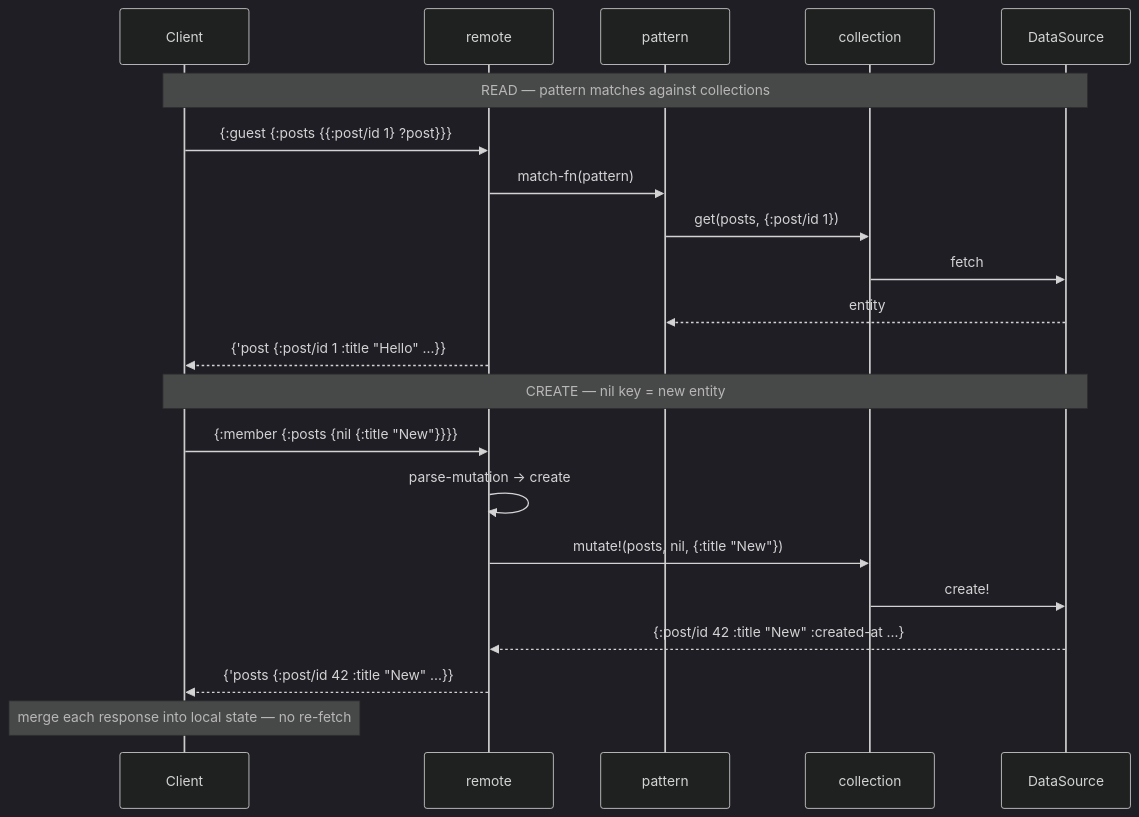
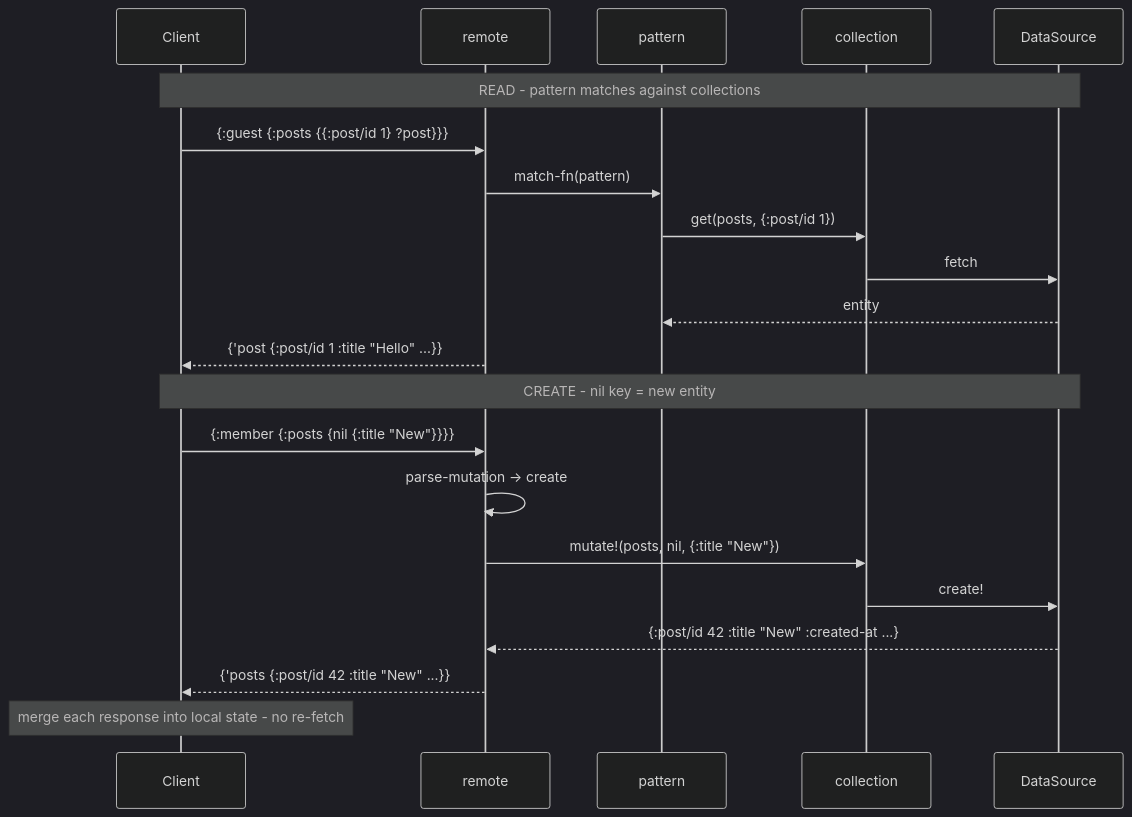
The diagram in README.md (flybot-sg/lasagna-pattern), drawn with Mermaid (dark theme) before and after one commit. The commit also changed other lines of this file, not shown here.

````diff
--- a/README.md
+++ b/README.md
@@ -63,26 +136,26 @@
 ```mermaid
 sequenceDiagram
     participant C as Client
     participant R as remote
     participant P as pattern
     participant Coll as collection
     participant DS as DataSource
 
-    Note over C,DS: READ — pattern matches against collections
+    Note over C,DS: READ - pattern matches against collections
     C->>R: {:guest {:posts {{:post/id 1} ?post}}}
     R->>P: match-fn(pattern)
     P->>Coll: get(posts, {:post/id 1})
     Coll->>DS: fetch
     DS-->>P: entity
     R-->>C: {'post {:post/id 1 :title "Hello" ...}}
 
-    Note over C,DS: CREATE — nil key = new entity
+    Note over C,DS: CREATE - nil key = new entity
     C->>R: {:member {:posts {nil {:title "New"}}}}
-    R->>R: parse-mutation → create
+    R->>R: parse-mutation -> create
     R->>Coll: mutate!(posts, nil, {:title "New"})
     Coll->>DS: create!
     DS-->>R: {:post/id 42 :title "New" :created-at ...}
     R-->>C: {'posts {:post/id 42 :title "New" ...}}
 
-    Note over C: merge each response into local state — no re-fetch
+    Note over C: merge each response into local state - no re-fetch
 ```
````
